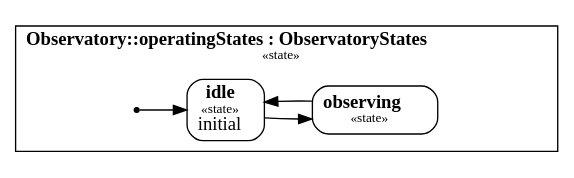
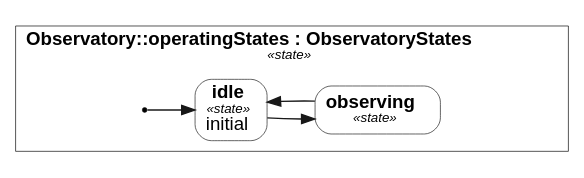
The second of 2 diagrams in internal/core/docrender/testdata/telescope_report.dot.golden.md (Open-MBEE/OpenSysML), drawn with Graphviz before and after one commit. The commit also changed other lines of this file and 53 other files, not shown here.

````diff
--- a/internal/core/docrender/testdata/telescope_report.dot.golden.md
+++ b/internal/core/docrender/testdata/telescope_report.dot.golden.md
@@ -108,19 +112,22 @@
 ```dot
 // kind: state
 // stated: the diagram states kind "state"
 // layout: dot
 digraph {
-  graph [rankdir=LR];
-  node [shape=box];
+  graph [fontname="Helvetica", rankdir=LR];
+  node [shape=box, style=filled, fillcolor=white, color="#181818", fontname="Helvetica", fontsize=14, penwidth=0.5];
+  edge [color="#181818", fontname="Helvetica", fontsize=13, penwidth=1];
   subgraph "cluster_n0" {
-    label=<<b>Observatory::operatingStates : ObservatoryStates</b><br/><font point-size="10">«state»</font>>;
+    label=<<b>Observatory::operatingStates : ObservatoryStates</b><br/><font point-size="10"><i>«state»</i></font>>;
+    color=black;
+    penwidth=0.5;
     "n0" [shape=point, style=invis, width=0, height=0, label=""];
-    "n3" [shape=point, label=""];
-    "n1" [shape=box, style=rounded, label=<<b>idle</b><br/><font point-size="10">«state»</font><br/>initial>];
-    "n2" [shape=box, style=rounded, label=<<b>observing</b><br/><font point-size="10">«state»</font>>];
+    "n3" [shape=point, fillcolor=black, label=""];
+    "n1" [style="rounded,filled", label=<<b>idle</b><br/><font point-size="10"><i>«state»</i></font><br/>initial>];
+    "n2" [style="rounded,filled", label=<<b>observing</b><br/><font point-size="10"><i>«state»</i></font>>];
   }
   "n3" -> "n1";
   "n1" -> "n2";
   "n2" -> "n1";
 }
 ```
````
